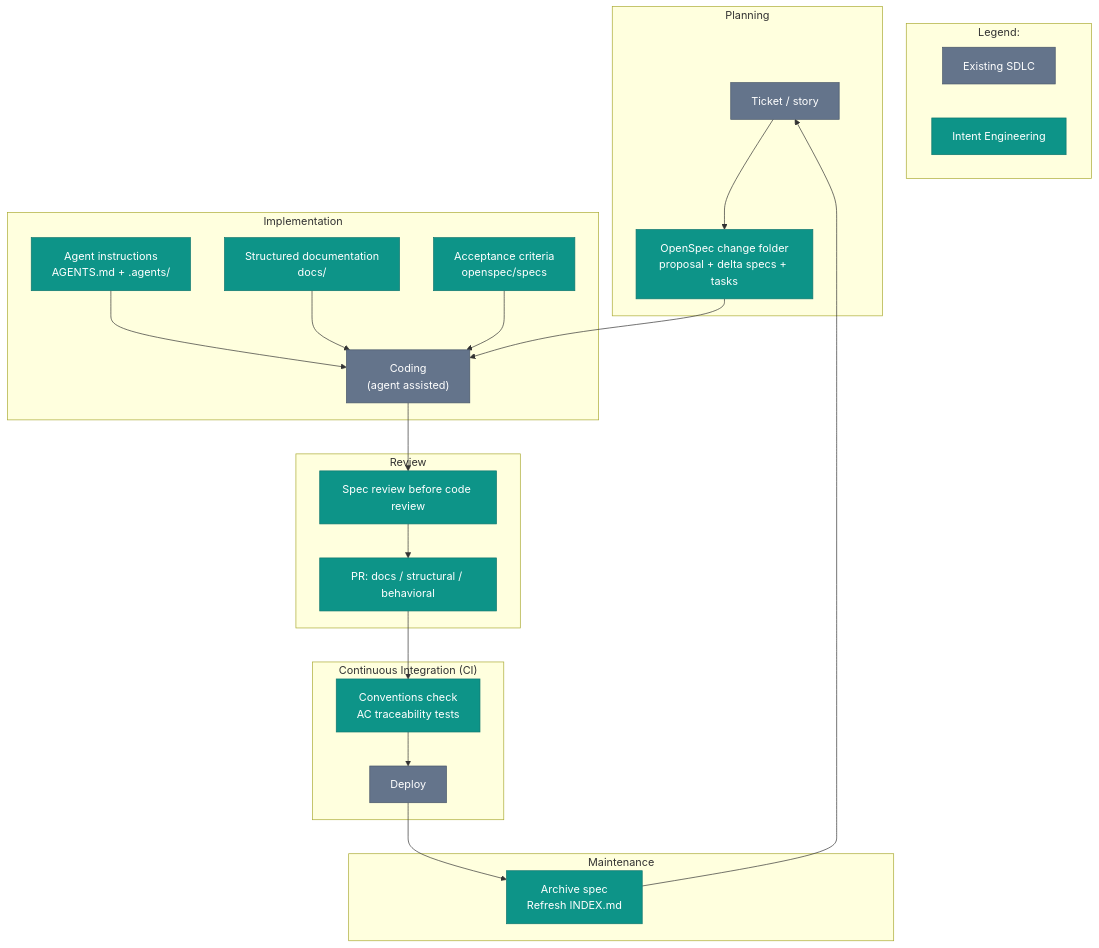
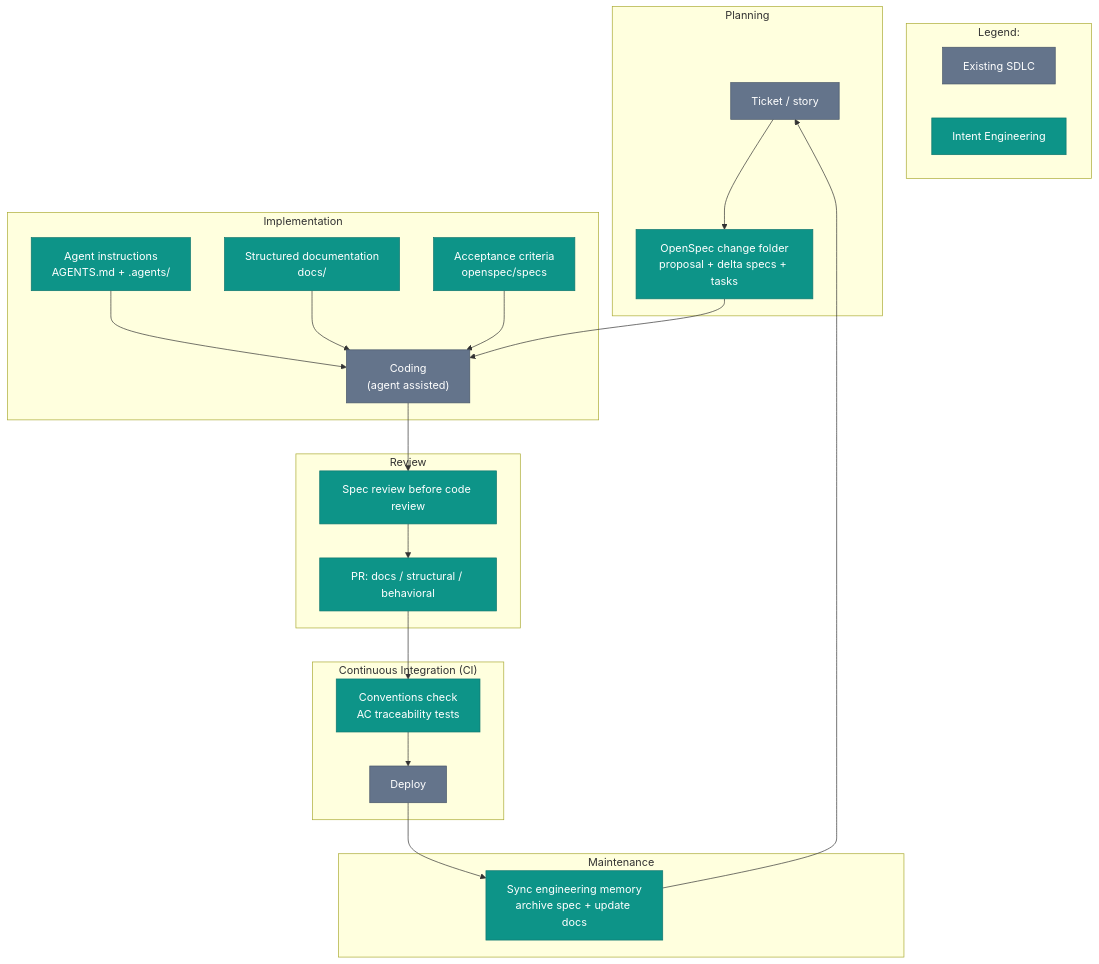
One commit to intent-engineering-for-coding-agents/book changed the diagram in content/foundation/intent-engineering-and-the-sdlc.md. Above: the diagram before and after it, drawn with Mermaid. The commit also changed other lines of this file and 7 other files, not shown here.

Commit message:
Add engineering memory synchronization loop

````diff
--- a/content/foundation/intent-engineering-and-the-sdlc.md
+++ b/content/foundation/intent-engineering-and-the-sdlc.md
@@ -15,32 +15,32 @@
 ```mermaid
 graph TD
     classDef existing fill:#64748b,stroke:#475569,color:#fff
     classDef ie fill:#0d9488,stroke:#0f766e,color:#fff
 
     subgraph Legend:
         direction LR
         L1[Existing SDLC]:::existing
         L2[Intent Engineering]:::ie
     end
     subgraph Planning
         A[Ticket / story]:::existing --> B[OpenSpec change folder<br/>proposal + delta specs + tasks]:::ie
     end
     subgraph Implementation
         C["Agent instructions<br/>AGENTS.md + .agents/"]:::ie --> D["Coding<br/>(agent assisted)"]:::existing
         J["Structured documentation<br/>docs/"]:::ie --> D
         K["Acceptance criteria<br/>openspec/specs"]:::ie --> D
         B --> D
     end
     subgraph Review
         D --> E[Spec review before code review]:::ie
         E --> F[PR: docs / structural / behavioral]:::ie
     end
     subgraph "Continuous Integration (CI)"
         F --> G[Conventions check<br/>AC traceability tests]:::ie
         G --> H[Deploy]:::existing
     end
     subgraph Maintenance
-        H --> I[Archive spec<br/>Refresh INDEX.md]:::ie
+        H --> I[Sync engineering memory<br/>archive spec + update docs]:::ie
         I --> A
     end
 ```
````
